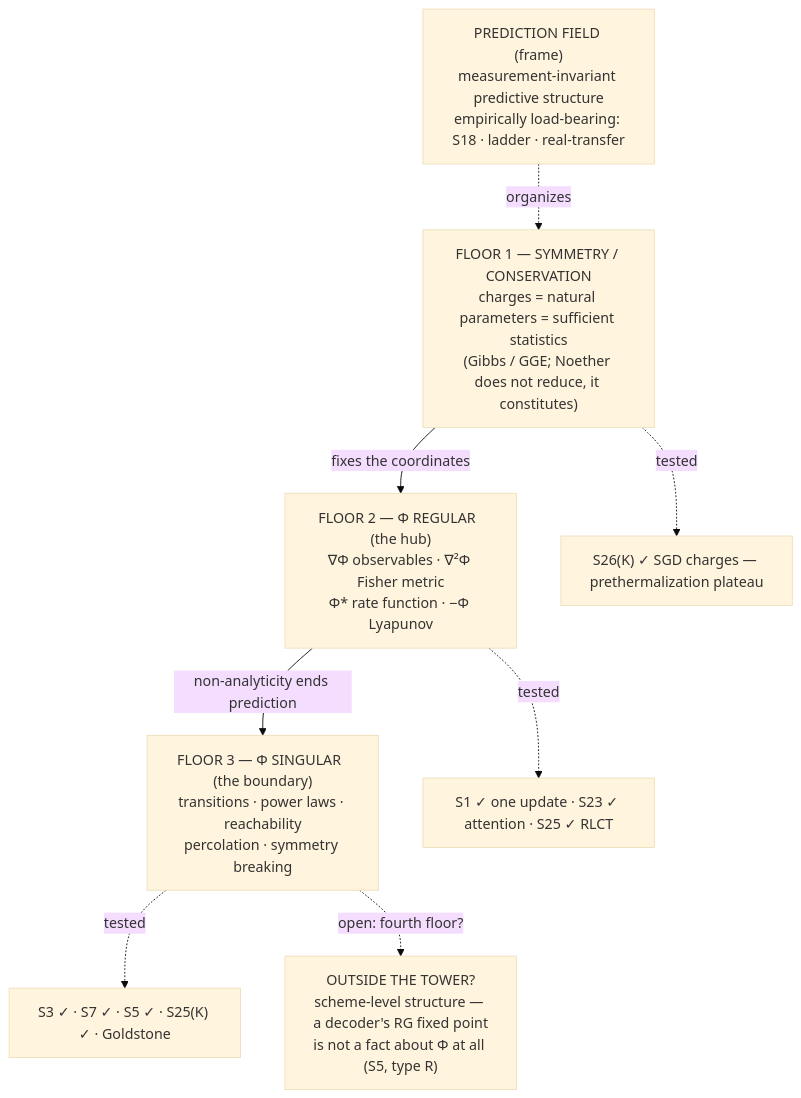
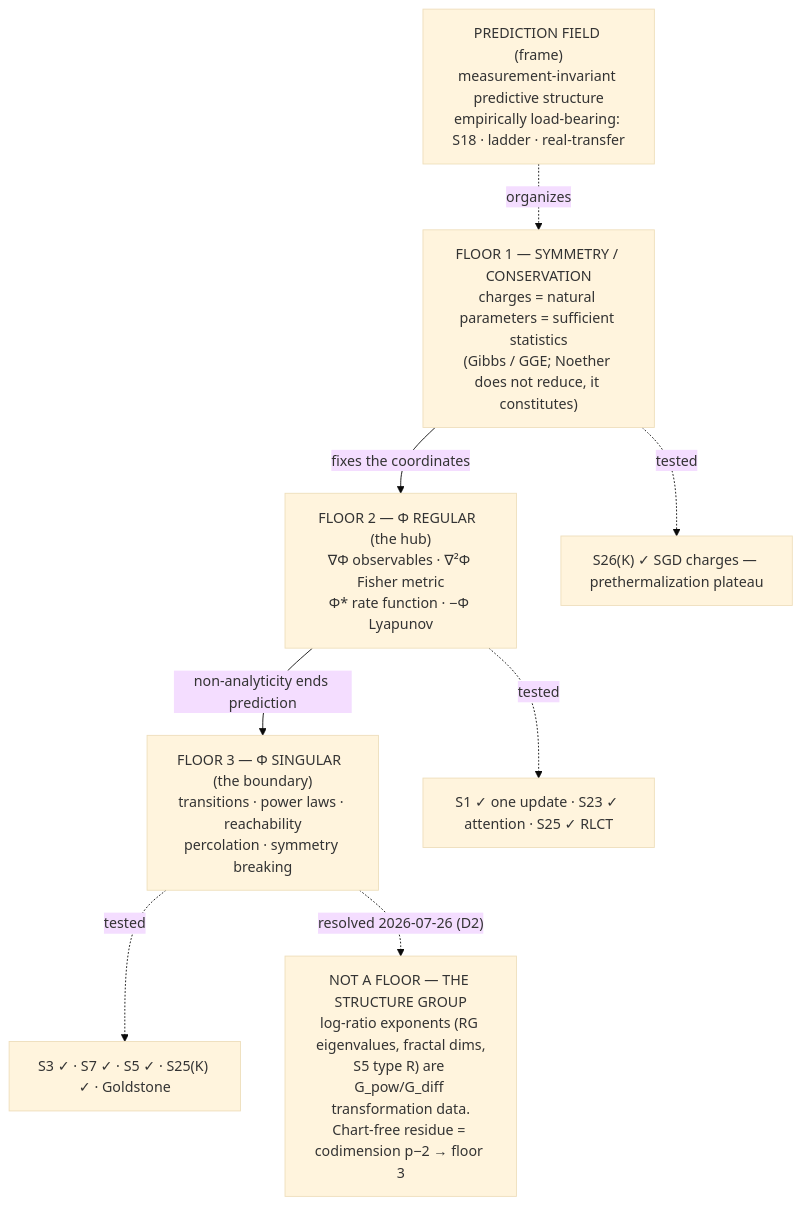
The diagram in SYNTHESIS.md (andrewmureddu/AI), drawn with Mermaid (base theme) before and after one commit. The commit also changed other lines of this file and 12 other files, not shown here.

First line of the commit message:
D2: the P0 is answered — the scheme layer is the tower's gauge group

````diff
--- a/SYNTHESIS.md
+++ b/SYNTHESIS.md
@@ -122,19 +123,19 @@
 ```mermaid
 graph TB
     FRAME["PREDICTION FIELD (frame)<br/>measurement-invariant predictive structure<br/>empirically load-bearing: S18 · ladder · real-transfer"]
 
     SYM["FLOOR 1 — SYMMETRY / CONSERVATION<br/>charges = natural parameters = sufficient statistics<br/>(Gibbs / GGE; Noether does not reduce, it constitutes)"]
     REG["FLOOR 2 — Φ REGULAR&nbsp; (the hub)<br/>∇Φ observables · ∇²Φ Fisher metric<br/>Φ* rate function · −Φ Lyapunov"]
     SING["FLOOR 3 — Φ SINGULAR&nbsp; (the boundary)<br/>transitions · power laws · reachability<br/>percolation · symmetry breaking"]
 
     FRAME -. organizes .-> SYM
     SYM -->|"fixes the coordinates"| REG
     REG -->|"non-analyticity ends prediction"| SING
 
     SYM -. tested .-> T1["S26(K) ✓ SGD charges — prethermalization plateau"]
     REG -. tested .-> T2["S1 ✓ one update · S23 ✓ attention · S25 ✓ RLCT"]
     SING -. tested .-> T3["S3 ✓ · S7 ✓ · S5 ✓ · S25(K) ✓ · Goldstone"]
 
-    OUT["OUTSIDE THE TOWER?<br/>scheme-level structure — a decoder's RG fixed point<br/>is not a fact about Φ at all (S5, type R)"]
-    SING -. "open: fourth floor?" .-> OUT
+    OUT["NOT A FLOOR — THE STRUCTURE GROUP<br/>log-ratio exponents (RG eigenvalues, fractal dims,<br/>S5 type R) are G_pow/G_diff transformation data.<br/>Chart-free residue = codimension p−2 → floor 3"]
+    SING -. "resolved 2026-07-26 (D2)" .-> OUT
 ```
````
